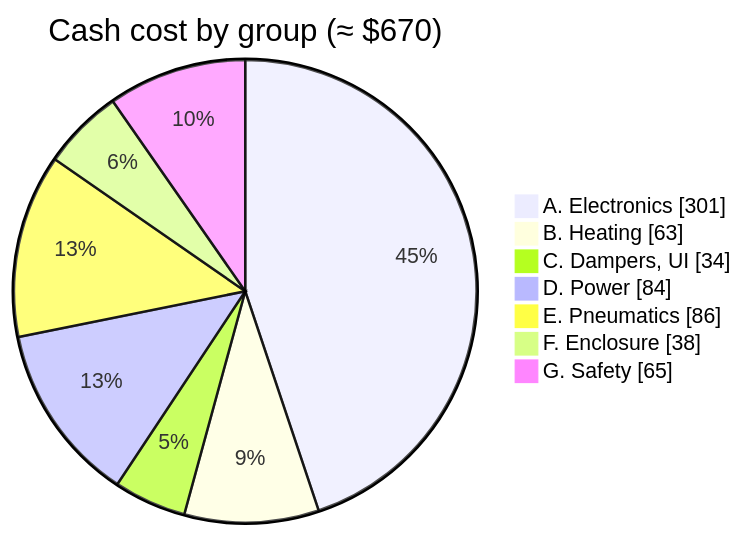
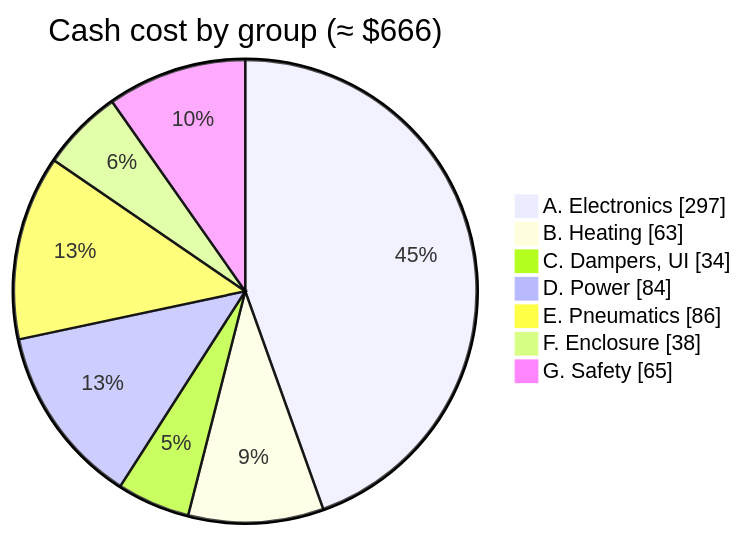
One commit to BashfulBits/3dp-fleet-exhaust changed the diagram in docs/03_bill_of_materials.md. Above: the diagram before and after it, drawn with Mermaid. The commit also changed other lines of this file and 6 other files, not shown here.

````diff
--- a/docs/03_bill_of_materials.md
+++ b/docs/03_bill_of_materials.md
@@ -28,11 +28,11 @@
 ```mermaid
 pie showData
-  title Cash cost by group (≈ $670)
-  "A. Electronics" : 301
+  title Cash cost by group (≈ $666)
+  "A. Electronics" : 297
   "B. Heating" : 63
   "C. Dampers, UI" : 34
   "D. Power" : 84
   "E. Pneumatics" : 86
   "F. Enclosure" : 38
   "G. Safety" : 65
 ```
````
